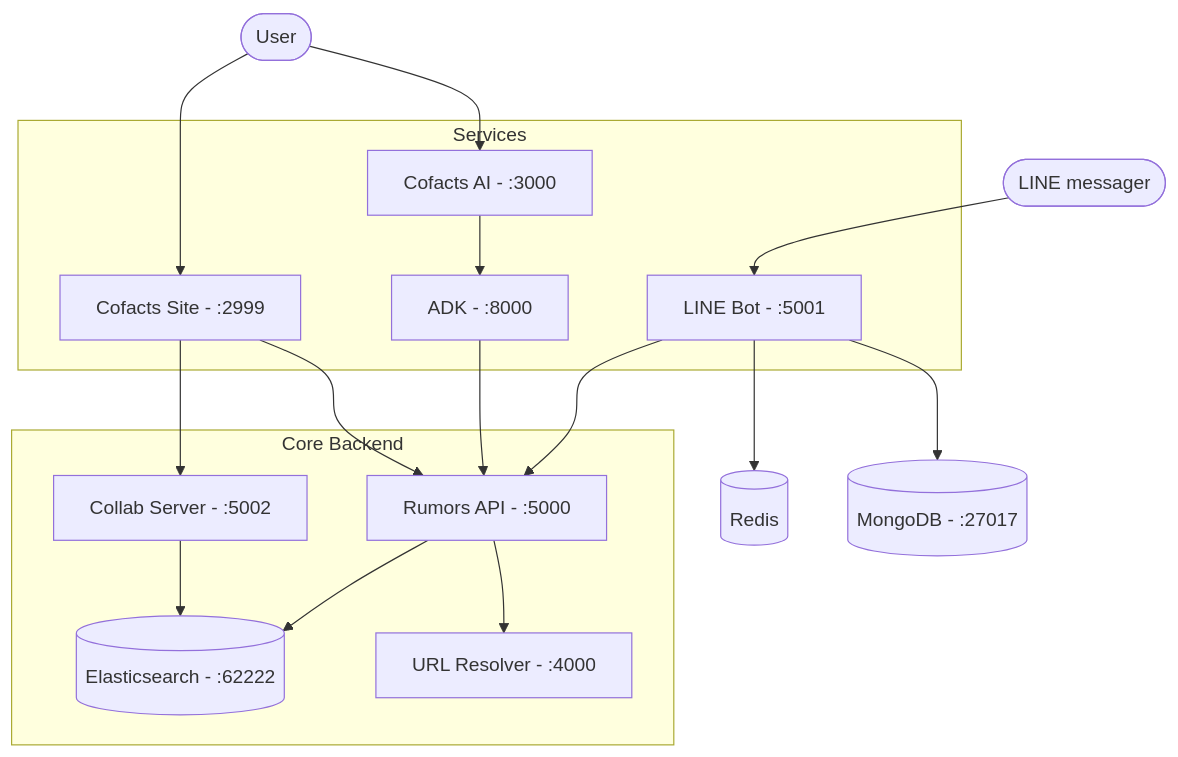
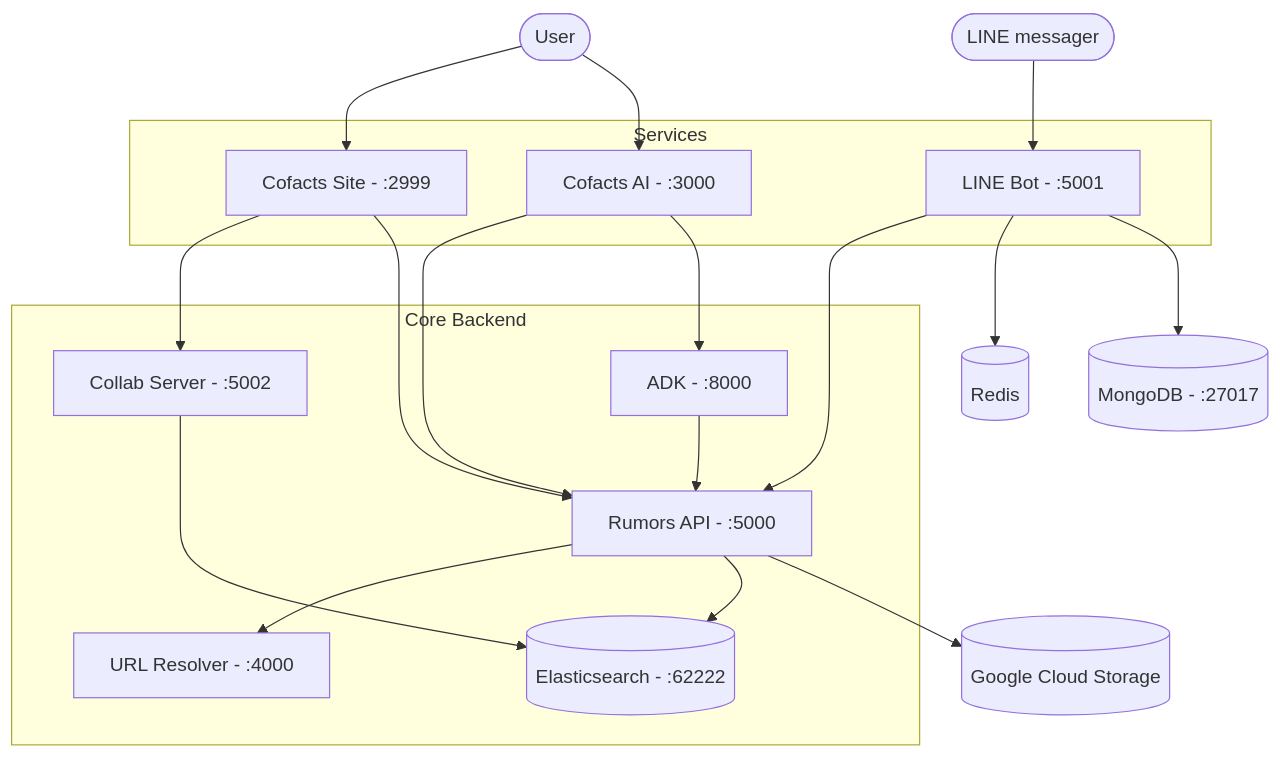
The diagram in README.md (cofacts/rumors-deploy), drawn with Mermaid before and after one commit.

Commit message:
fix: adjust position and add GCS

````diff
--- a/README.md
+++ b/README.md
@@ -16,39 +16,42 @@
 ```mermaid
 graph TD
     User([User])
     BotUser([LINE messager])
 
     subgraph UI ["Services"]
         site[Cofacts Site - :2999]
         site_ai[Cofacts AI - :3000]
         bot[LINE Bot - :5001]
-        adk[ADK - :8000]
     end
 
     subgraph Backend ["Core Backend"]
         collab[Collab Server - :5002]
+        adk[ADK - :8000]
         api[Rumors API - :5000]
+        url[URL Resolver - :4000]
         db[(Elasticsearch - :62222)]
-        url[URL Resolver - :4000]
     end
 
     mongo[(MongoDB - :27017)]
     redis[(Redis)]
+    gcs[(Google Cloud Storage)]
 
     User --> site
     User --> site_ai
     BotUser --> bot
 
     site --> collab
     site --> api
+    site_ai --> api
     site_ai --> adk
     bot --> api
     bot --> redis
     bot --> mongo
 
     adk --> api
 
-    api --> db
     api --> url
     collab --> db
+    api --> db
+    api --> gcs
 ```
````
